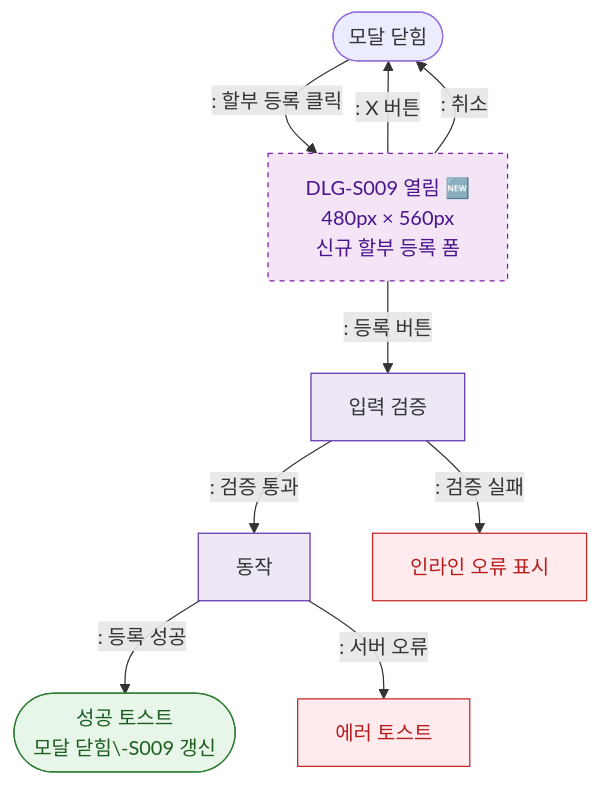
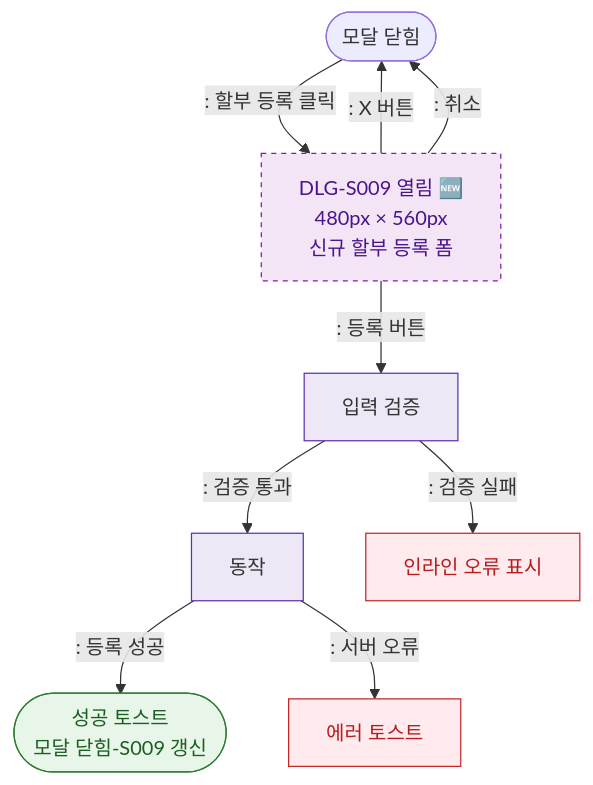
The diagram in docs/admin/다이어그램/D03_매출관리/DLG-S009_할부등록/M1_모달생명주기.md (dev-spogym/admin-pando), drawn with Mermaid before and after one commit. The commit also changed 369 other files, not shown here.

````diff
--- a/docs/admin/다이어그램/D03_매출관리/DLG-S009_할부등록/M1_모달생명주기.md
+++ b/docs/admin/다이어그램/D03_매출관리/DLG-S009_할부등록/M1_모달생명주기.md
@@ -18,24 +18,24 @@
 ```mermaid
 flowchart TD
     CLOSED([모달 닫힘]) -->|": 할부 등록 클릭"|OPEN[DLG-S009 열림 🆕\n480px × 560px\n신규 할부 등록 폼]
 
     OPEN -->|": 등록 버튼"|VALIDATE[입력 검증]
     OPEN -->|": X 버튼"|CLOSED
     OPEN -->|": 취소"|CLOSED
 
     VALIDATE -->|": 검증 통과"|SAVE[동작]
     VALIDATE -->|": 검증 실패"|ERR_INLINE[인라인 오류 표시]
 
-    SAVE -->|": 등록 성공"|SUCCESS([성공 토스트\n모달 닫힘\-S009 갱신])
+    SAVE -->|": 등록 성공"|SUCCESS([성공 토스트\n모달 닫힘-S009 갱신])
     SAVE -->|": 서버 오류"|ERR_TOAST[에러 토스트]
 
     classDef newFeature fill:#F3E5F5,stroke:#7B1FA2,color:#4A148C,stroke-dasharray:4 4
     classDef system fill:#EDE7F6,stroke:#5E35B2
     classDef success fill:#E8F5E9,stroke:#2E7D32,color:#1B5E20
     classDef error fill:#FFEBEE,stroke:#C62828,color:#B71C1C
 
     class OPEN newFeature
     class VALIDATE,SAVE system
     class SUCCESS success
     class ERR_INLINE,ERR_TOAST error
 ```
````
